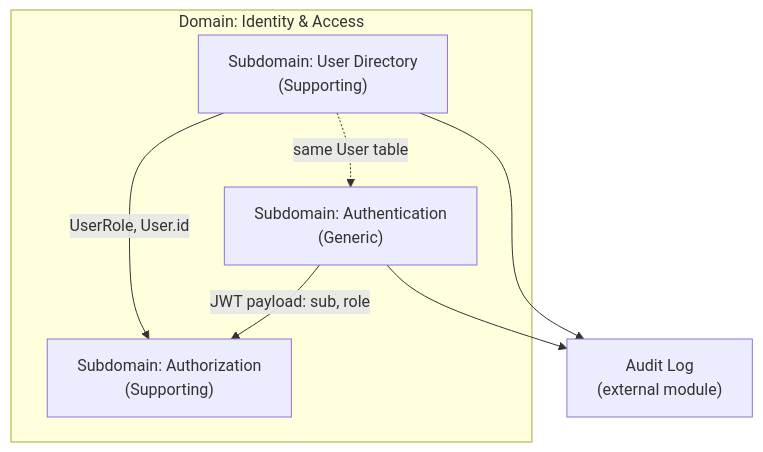
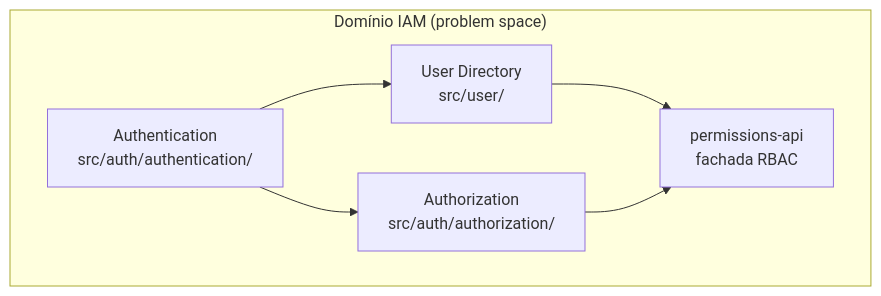
The diagram in docs/domain-analysis-user-auth.md (raphaelanjos1/auth-patterns-ref), drawn with Mermaid before and after one commit. The commit also changed other lines of this file and 112 other files, not shown here.

Commit message:
feat: sanitize skills and docs update permissions-api and auth imports FACADE

````diff
--- a/docs/domain-analysis-user-auth.md
+++ b/docs/domain-analysis-user-auth.md
@@ -37,14 +75,13 @@
 ```mermaid
 flowchart TB
-  subgraph IAM["Domain: Identity & Access"]
-    U["Subdomain: User Directory<br/>(Supporting)"]
-    A["Subdomain: Authentication<br/>(Generic)"]
-    Z["Subdomain: Authorization<br/>(Supporting)"]
+  subgraph IAM["Domínio IAM (problem space)"]
+    UD["User Directory<br/>src/user/"]
+    AUTHN["Authentication<br/>src/auth/authentication/"]
+    AUTHZ["Authorization<br/>src/auth/authorization/"]
+    PA["permissions-api<br/>fachada RBAC"]
   end
-  U -->|"UserRole, User.id"| Z
-  A -->|"JWT payload: sub, role"| Z
-  U -.->|"same User table"| A
-  U --> Audit
-  A --> Audit
-  Audit["Audit Log<br/>(external module)"]
+  UD --> PA
+  AUTHN --> UD
+  AUTHZ --> PA
+  AUTHN --> AUTHZ
 ```
````
